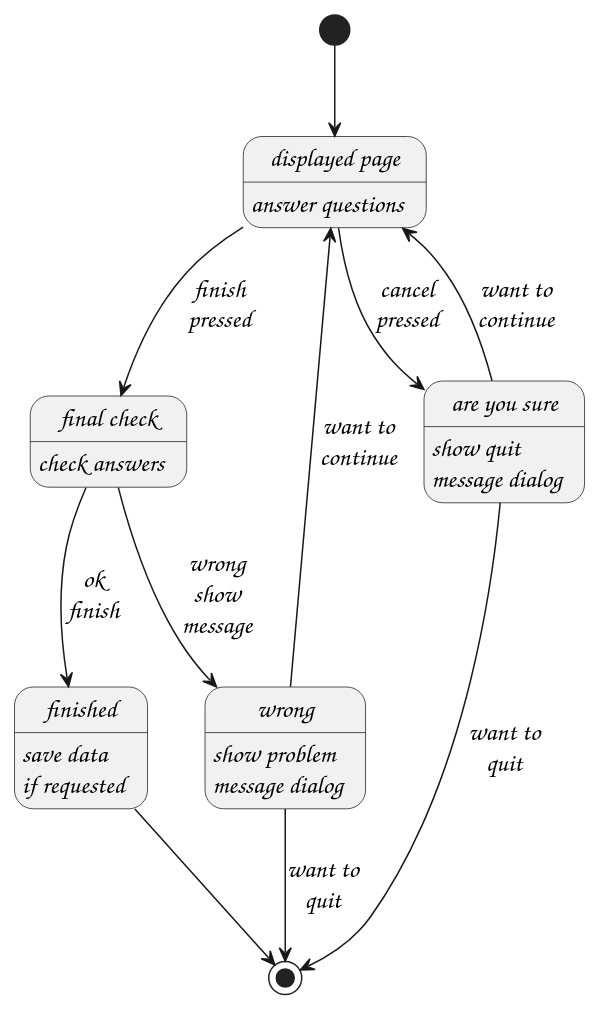
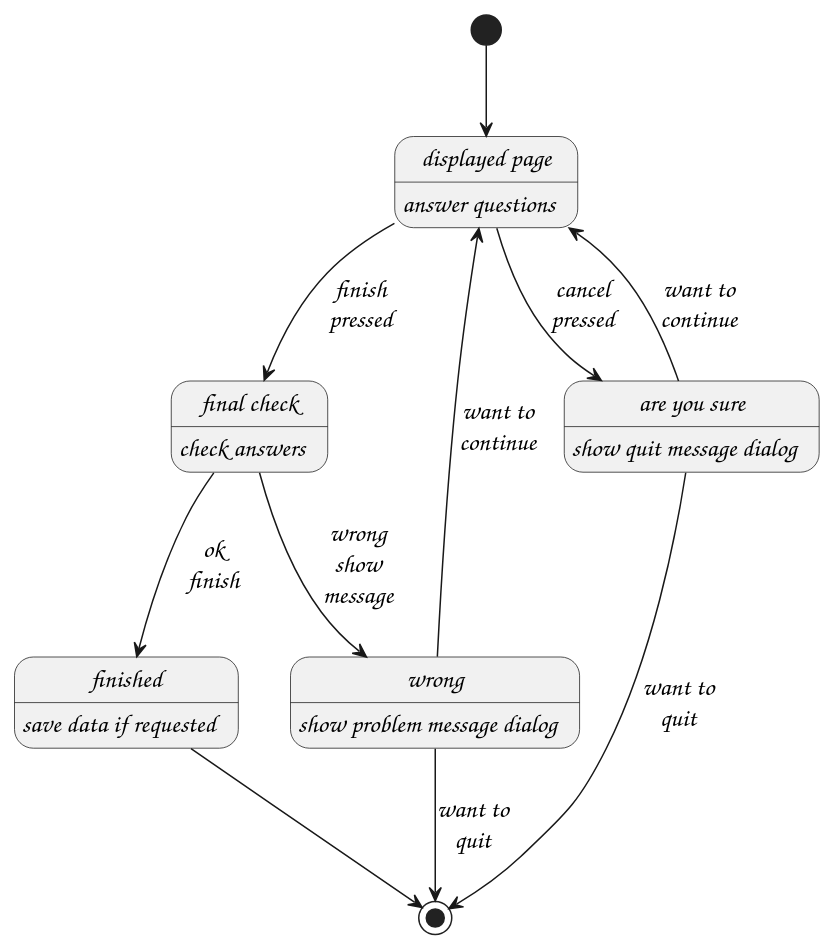
One commit to MARTIMM/question-answer changed the second of 3 diagrams in doc/design.md. Above: the diagram before and after it, drawn with PlantUML. The commit also changed other lines of this file, not shown here.

````diff
--- a/doc/design.md
+++ b/doc/design.md
@@ -190,41 +196,41 @@
 ```plantuml
 @startuml
 hide empty description
 
 skinparam DefaultFontSize 17
 skinparam DefaultFontName "z003"
 'skinparam StateMessageAlignment left
 'skinparam DefaultTextAlignment middle
 skinparam StateStartColor #a0a0a0
 'skinparam StateAttributeFontColor
 'skinparam StateAttributeFontName
 'skinparam StateAttributeFontSize
 'skinparam StateAttributeFontStyle
 'skinparam StateBackgroundColor
 'skinparam StateBorderColor
 skinparam StateEndColor #a0a0a0
 'skinparam StateFontColor
 'skinparam StateFontName
 'skinparam StateFontSize
 'skinparam StateFontStyle
 
 state "displayed page" as dp: answer questions
 state "final check" as fc: check answers
-state "wrong" as w: show problem\nmessage dialog
-state "are you sure" as c: show quit\nmessage dialog
+state "wrong" as w: show problem message dialog
+state "are you sure" as c: show quit message dialog
 
 [*] --> dp
 dp --> c: cancel\npressed
 dp --> fc: finish\npressed
 fc --> w: wrong\nshow\nmessage
 w --> dp: want to\ncontinue
 w --> [*]: want to\nquit
 fc --> finished: ok\nfinish
 
 c --> dp: want to\ncontinue
 c --> [*]: want to\nquit
 finished --> [*]
-finished: save data\nif requested
+finished: save data if requested
 
 @enduml
 ```
````
